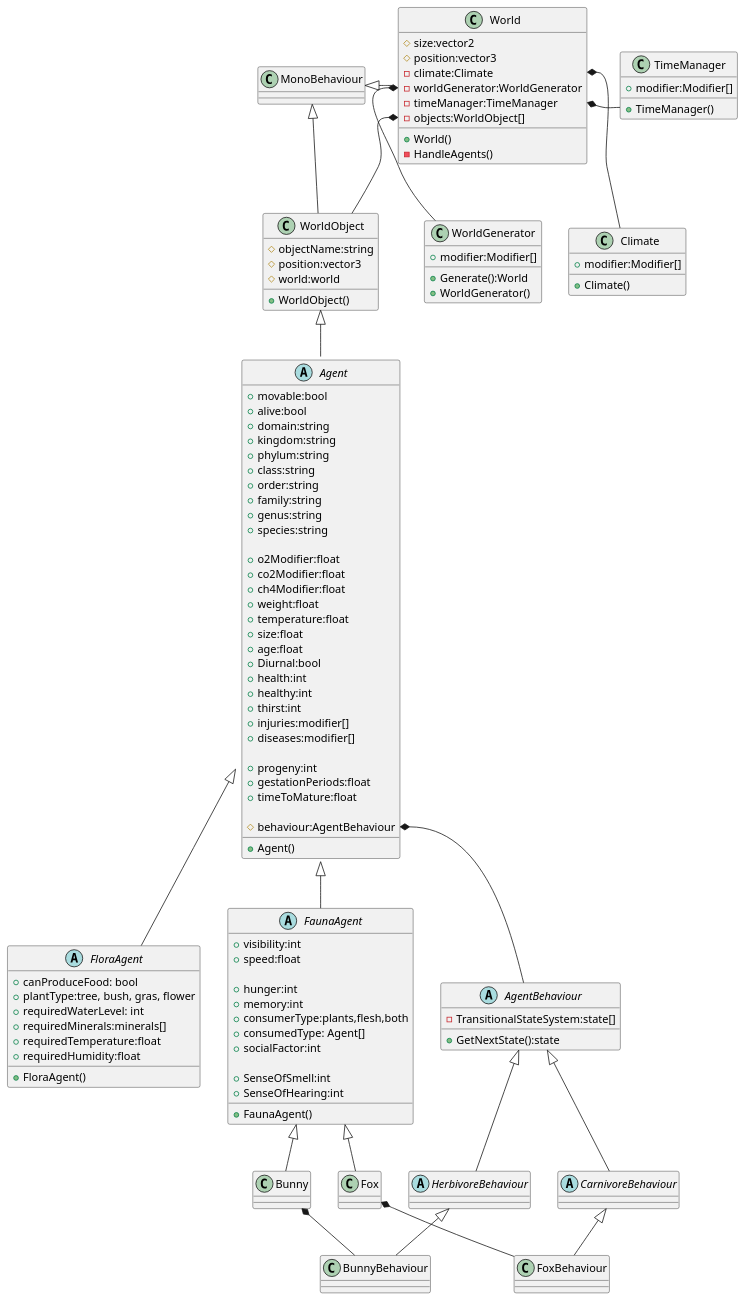
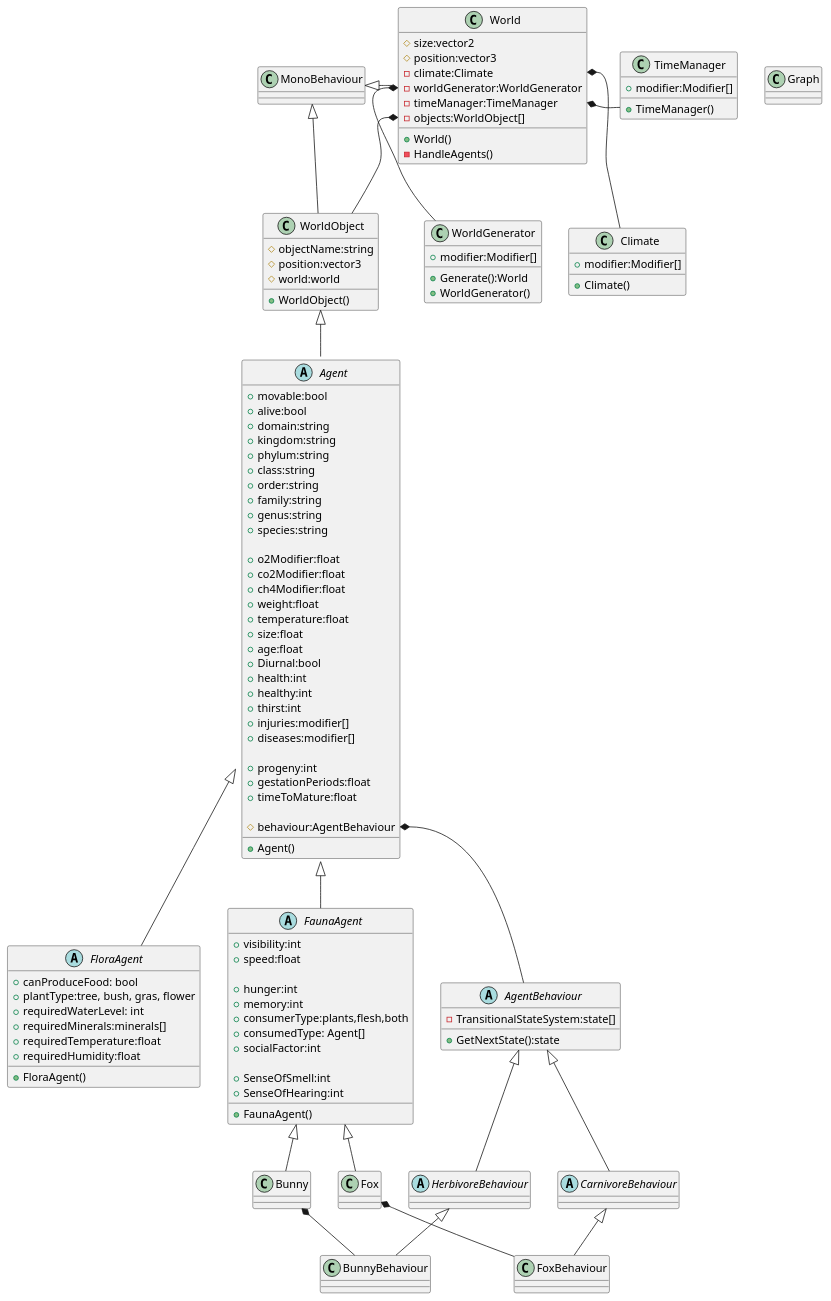
The diagram in Simlation/Assets/Doc/class.puml (poetter-sebastian/Simulation), drawn with PlantUML before and after one commit. The commit also changed 48 other files, not shown here.

```diff
--- a/Simlation/Assets/Doc/class.puml
+++ b/Simlation/Assets/Doc/class.puml
@@ -1,146 +1,150 @@
 @startuml
 	class Climate {
 		+modifier:Modifier[]
 		
 		+Climate()
+	}
+	
+	class Graph {
+	    
 	}
 	
 	class WorldGenerator {
 	    +modifier:Modifier[]
 	
 		+Generate():World
 		+WorldGenerator()
 	}
 	
 	class TimeManager {
 		+modifier:Modifier[]
 		
 		+TimeManager()
 	}
 	
     class World {
         #size:vector2
         #position:vector3
         -climate:Climate
         -worldGenerator:WorldGenerator
         -timeManager:TimeManager
         -objects:WorldObject[]
         
         +World()
         -HandleAgents()
     }
 	
 	class WorldObject {
 		#objectName:string
 		#position:vector3
 		#world:world
 		
 		+WorldObject()
 	}
 	
 	
 	Abstract class Agent {
         +movable:bool
         +alive:bool
         +domain:string
         +kingdom:string
         +phylum:string
         +class:string
         +order:string
         +family:string
         +genus:string
         +species:string
         
         +o2Modifier:float
         +co2Modifier:float
         +ch4Modifier:float
         +weight:float
         +temperature:float
         +size:float
         +age:float
         +Diurnal:bool
         +health:int
         +healthy:int
         +thirst:int
         +injuries:modifier[]
         +diseases:modifier[]
         
         +progeny:int
         +gestationPeriods:float
         +timeToMature:float
         
         #behaviour:AgentBehaviour
         
         +Agent()
     }
 
 	Abstract class AgentBehaviour {
 		-TransitionalStateSystem:state[]
 		
 		+GetNextState():state
 	}
 	
 	Abstract class FloraAgent {
 	    +canProduceFood: bool
 	    +plantType:tree, bush, gras, flower
 	    +requiredWaterLevel: int
 	    +requiredMinerals:minerals[]
 	    +requiredTemperature:float
 	    +requiredHumidity:float
 	     
 		+FloraAgent()
 	}
 	
     Abstract class FaunaAgent {
         +visibility:int
         +speed:float
         
         +hunger:int
         +memory:int
         +consumerType:plants,flesh,both
         +consumedType: Agent[]
         +socialFactor:int
         
         +SenseOfSmell:int
         +SenseOfHearing:int
     
         +FaunaAgent()
     }
     
     Abstract class HerbivoreBehaviour {
     
     }
     
     Abstract class CarnivoreBehaviour {
         
     }
 	
 	World::objects *- WorldObject
 	World::timeManager *- TimeManager
 	World::worldGenerator *-- WorldGenerator
 	World::climate *-- Climate
 	
 	MonoBehaviour <|-- WorldObject
 	MonoBehaviour <|- World
 	
 	WorldObject <|-- Agent
 	
 	Agent <|-- FloraAgent
 	Agent::behaviour *-- AgentBehaviour
 	
 	AgentBehaviour <|-- HerbivoreBehaviour
 	AgentBehaviour <|-- CarnivoreBehaviour
 	
 	HerbivoreBehaviour <|-- BunnyBehaviour
 	CarnivoreBehaviour <|-- FoxBehaviour
 	
 	Agent <|-- FaunaAgent
 	
 	FaunaAgent <|-- Bunny
 	FaunaAgent <|-- Fox
 	
 	Fox *-- FoxBehaviour
 	
 	Bunny *-- BunnyBehaviour
 	
 @enduml
```
